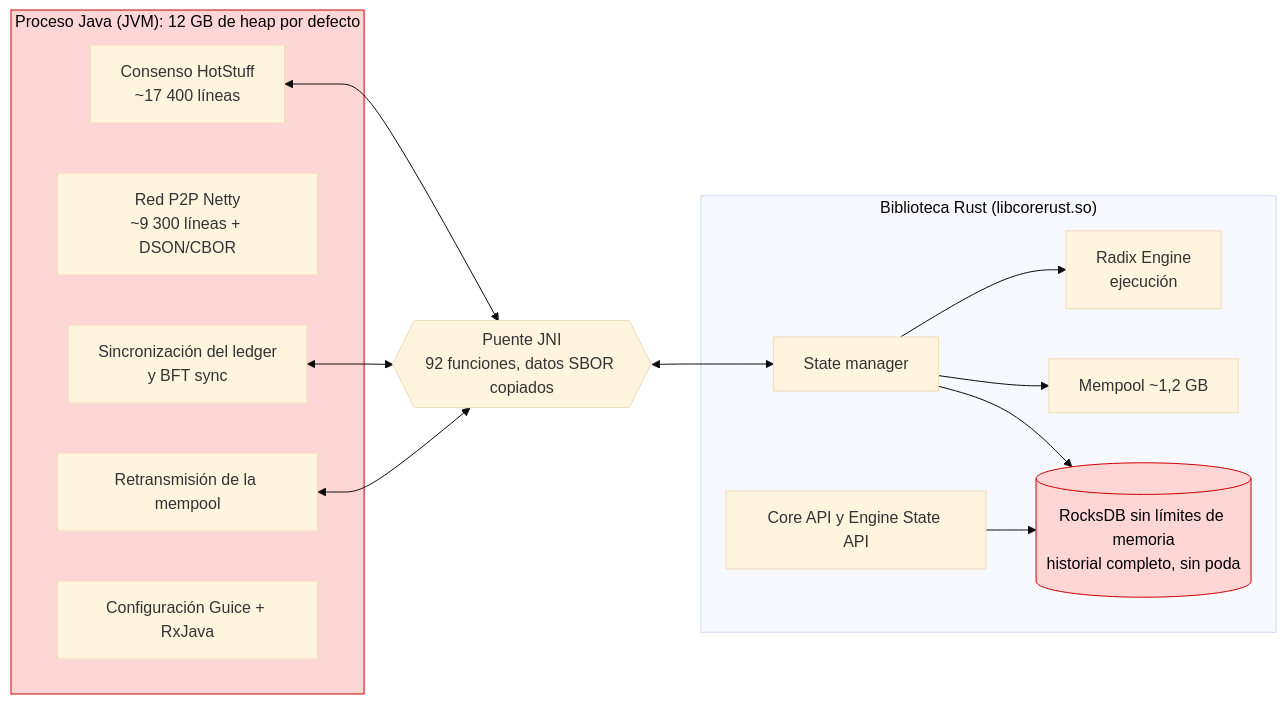
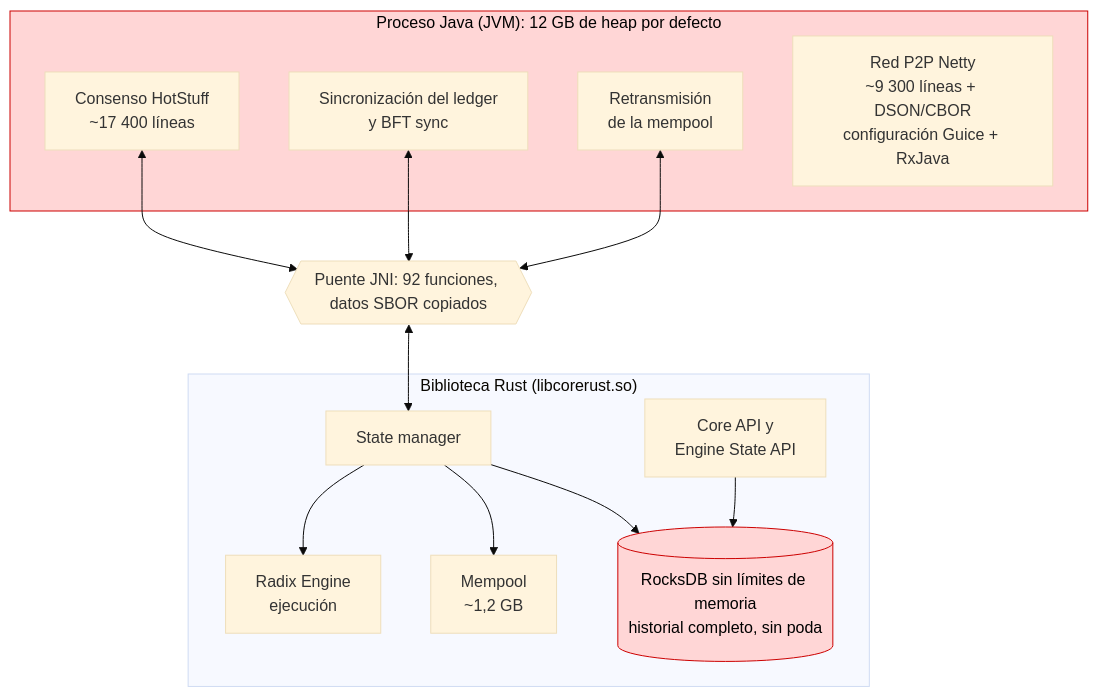
Before and after one commit to dazligth/radix-decentralization-roadmap: the first of 4 diagrams in docs/es/09-nodos-ligeros.md, drawn with Mermaid (base theme). The commit also changed other lines of this file and 9 other files, not shown here.

First line of the commit message:
Redesign diagrams for readability on GitHub

````diff
--- a/docs/es/09-nodos-ligeros.md
+++ b/docs/es/09-nodos-ligeros.md
@@ -53,28 +53,27 @@
 ```mermaid
-flowchart LR
+flowchart TB
     subgraph JVM["Proceso Java (JVM): 12 GB de heap por defecto"]
         CONS["Consenso HotStuff<br/>~17 400 líneas"]
-        P2P["Red P2P Netty<br/>~9 300 líneas + DSON/CBOR"]
         SYNC["Sincronización del ledger<br/>y BFT sync"]
-        REL["Retransmisión de la mempool"]
-        CFG["Configuración Guice + RxJava"]
+        REL["Retransmisión<br/>de la mempool"]
+        P2P["Red P2P Netty<br/>~9 300 líneas + DSON/CBOR<br/>configuración Guice + RxJava"]
     end
-    JNI{{"Puente JNI<br/>92 funciones, datos SBOR copiados"}}
+    JNI{{"Puente JNI: 92 funciones, datos SBOR copiados"}}
     subgraph RUST["Biblioteca Rust (libcorerust.so)"]
+        SM["State manager"]
         ENG["Radix Engine<br/>ejecución"]
-        SM["State manager"]
-        MP["Mempool ~1,2 GB"]
-        API["Core API y Engine State API"]
+        MP["Mempool<br/>~1,2 GB"]
         DB[("RocksDB sin límites de memoria<br/>historial completo, sin poda")]
+        API["Core API y<br/>Engine State API"]
     end
     CONS <--> JNI
     SYNC <--> JNI
     REL <--> JNI
     JNI <--> SM
     SM --> ENG
+    SM --> MP
     SM --> DB
-    SM --> MP
     API --> DB
     classDef heavy fill:#ffd6d6,stroke:#c00,color:#000
     class JVM,DB heavy
 ```
````
